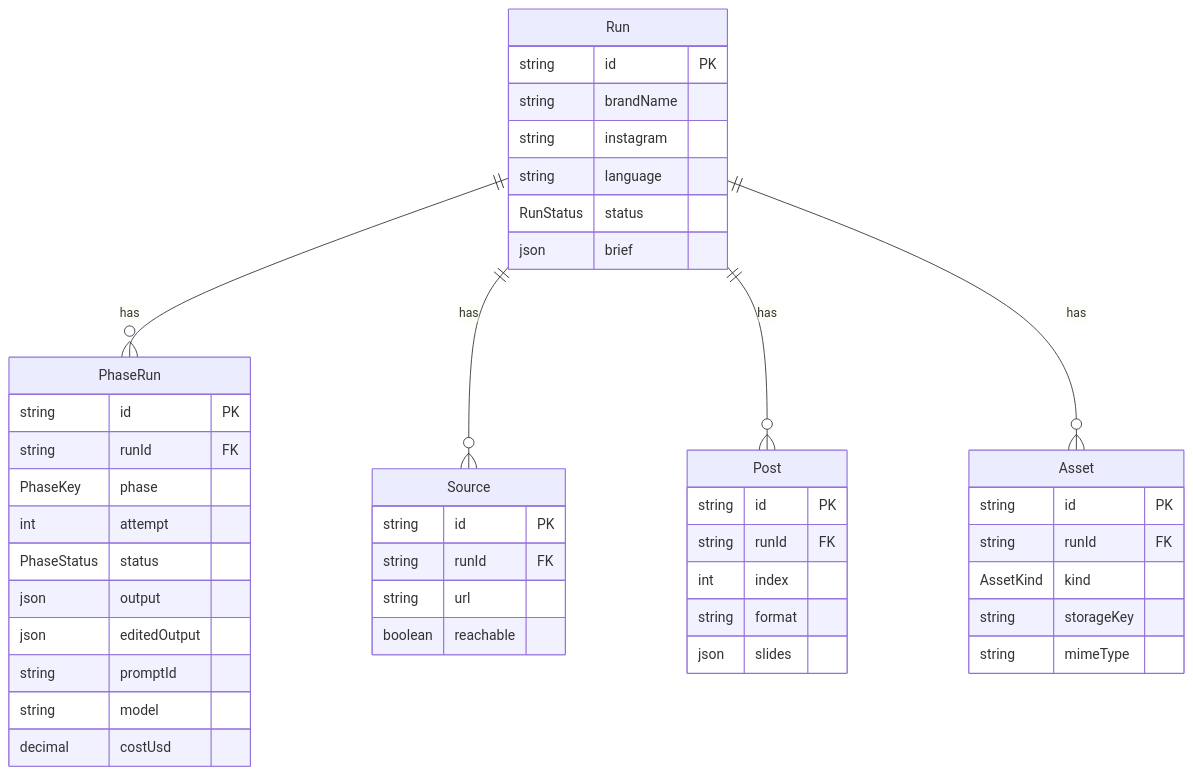
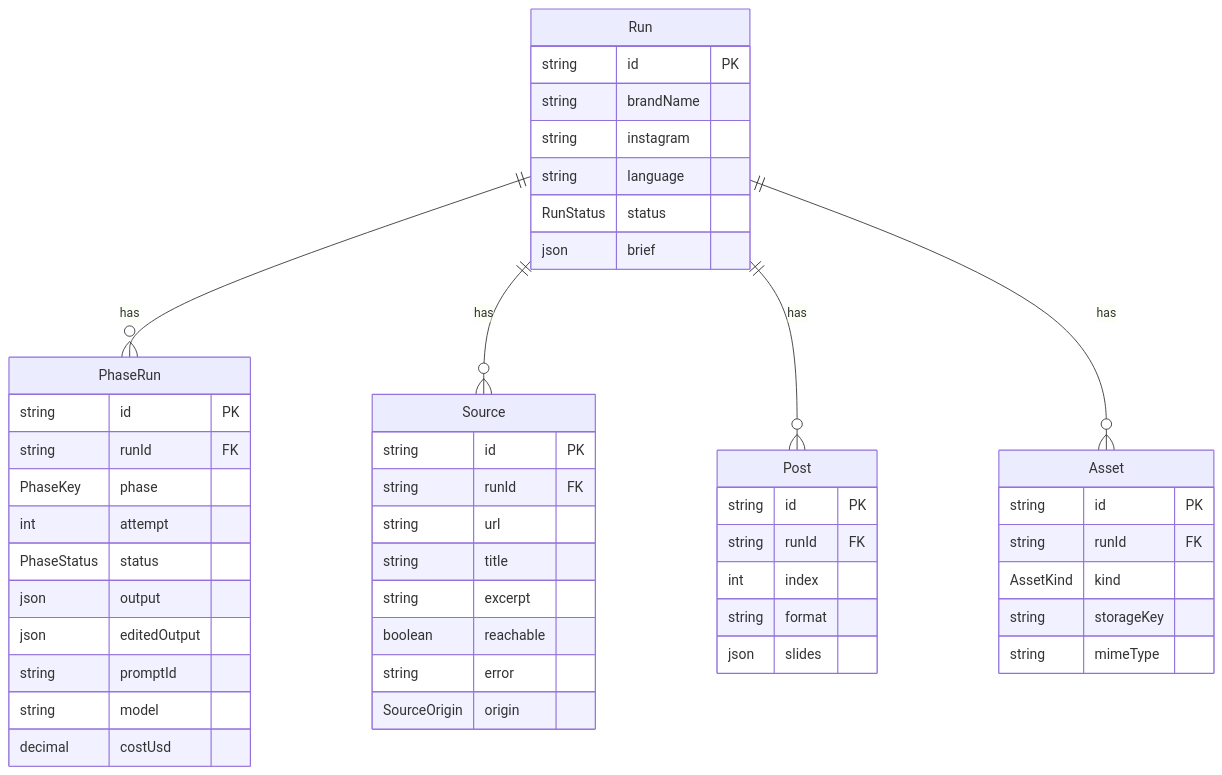
One commit to Aur316/ai-post-recipe changed the diagram in docs/architecture/07-data-model.md. Above: the diagram before and after it, drawn with Mermaid. The commit also changed 92 other files, not shown here.

````diff
--- a/docs/architecture/07-data-model.md
+++ b/docs/architecture/07-data-model.md
@@ -5,48 +5,52 @@
 ```mermaid
 erDiagram
   Run ||--o{ PhaseRun : has
   Run ||--o{ Source : has
   Run ||--o{ Post : has
   Run ||--o{ Asset : has
 
   Run {
     string id PK
     string brandName
     string instagram
     string language
     RunStatus status
     json brief
   }
   PhaseRun {
     string id PK
     string runId FK
     PhaseKey phase
     int attempt
     PhaseStatus status
     json output
     json editedOutput
     string promptId
     string model
     decimal costUsd
   }
   Source {
     string id PK
     string runId FK
     string url
+    string title
+    string excerpt
     boolean reachable
+    string error
+    SourceOrigin origin
   }
   Post {
     string id PK
     string runId FK
     int index
     string format
     json slides
   }
   Asset {
     string id PK
     string runId FK
     AssetKind kind
     string storageKey
     string mimeType
   }
 ```
````
